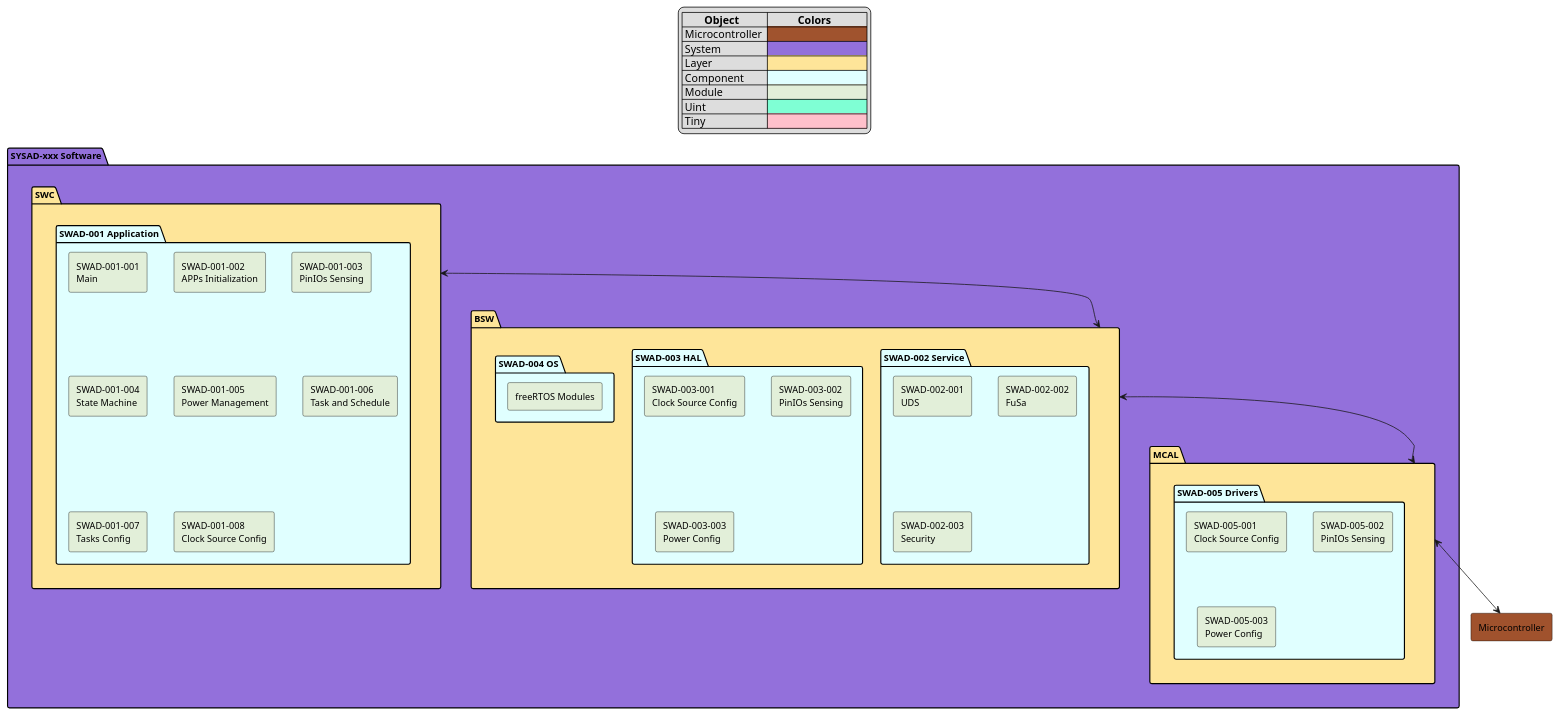
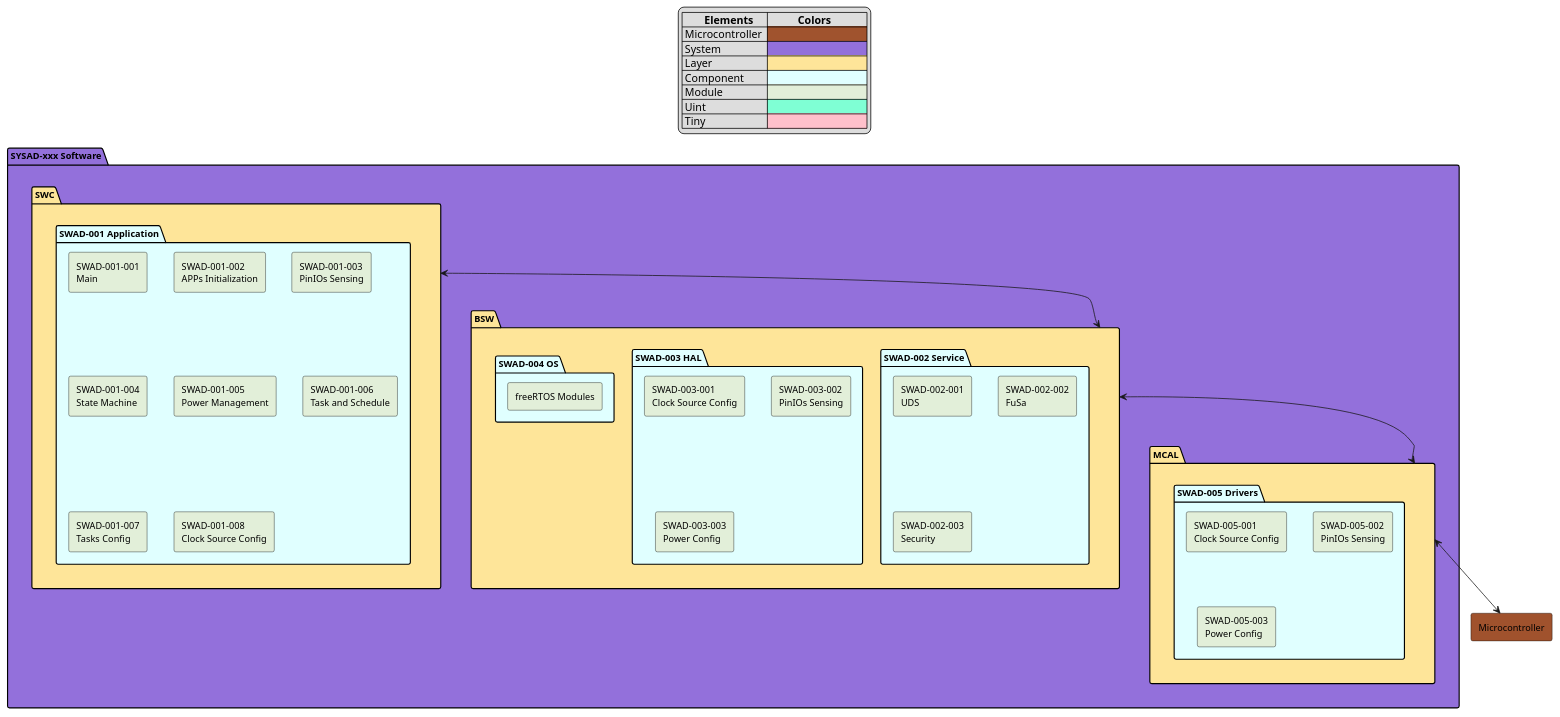
The diagram in Static_Sw_Arch.plantuml (FdsLu/StaticSwArch), drawn with PlantUML before and after one commit. The commit also changed 2 other files, not shown here.

Commit message:
[Modify] Rename [Modify] 1. Rename Object to Elements.

```diff
--- a/Static_Sw_Arch.plantuml
+++ b/Static_Sw_Arch.plantuml
@@ -1,70 +1,70 @@
 @startuml
 '----- Table Description ----
 'Object Colors Setting
 skinparam defaultFontName Arial
 skinparam defaultFontSize 12
 
 skinparam rectangle {
     BackgroundColor #87CEFA
     BorderColor #000000
 }
 
 legend top
-|=        Object  |=           Colors  |
+|=        Elements  |=           Colors  |
 | Microcontroller  |<back:#A0522D>                                    |
 | System  |<back:#9370DB>                                    |
 | Layer  |<back:#FEE599>                                    |
 | Component |<back:#E0FFFF>                                    |
 | Module |<back:#E2EFD9>                                    |
 | Uint |<back:#7FFFD4>                                    |
 | Tiny |<back:#FFC0CB>                                    |
 endlegend
 
 package "SYSAD-xxx Software" #9370DB {
     package "SWC" #FEE599 {
         package "SWAD-001 Application" #E0FFFF {
             rectangle "SWAD-001-001\nMain" as Main #E2EFD9
             rectangle "SWAD-001-002\nAPPs Initialization" as AppsInit #E2EFD9
             rectangle "SWAD-001-003\nPinIOs Sensing" as PinIOSensing #E2EFD9
             rectangle "SWAD-001-004\nState Machine" as StateMachine #E2EFD9
             rectangle "SWAD-001-005\nPower Management" as PowerManagement #E2EFD9
             rectangle "SWAD-001-006\nTask and Schedule" as TaskSchedule #E2EFD9
             rectangle "SWAD-001-007\nTasks Config" as TasksConfig #E2EFD9
             rectangle "SWAD-001-008\nClock Source Config" as ClockSourceConfig #E2EFD9
         }
     }
 
     package "BSW" #FEE599 {
         package "SWAD-002 Service" as Service #E0FFFF {
             rectangle "SWAD-002-001\nUDS" as UDS #E2EFD9
             rectangle "SWAD-002-002\nFuSa" as FuSa #E2EFD9
             rectangle "SWAD-002-003\nSecurity" as Security #E2EFD9
         }
 
         package "SWAD-003 HAL" as HAL #E0FFFF {
             rectangle "SWAD-003-001\nClock Source Config" as HAL_ClockSourceConfig #E2EFD9
             rectangle "SWAD-003-002\nPinIOs Sensing" as HAL_PinIOSensing #E2EFD9
             rectangle "SWAD-003-003\nPower Config" as HAL_PowerConfig #E2EFD9
         }
 
         package "SWAD-004 OS" as OS #E0FFFF {
             rectangle "freeRTOS Modules" as freeRTOS #E2EFD9
         }
     }
 
     package "MCAL" #FEE599 {
         package "SWAD-005 Drivers" as Drivers #E0FFFF {
             rectangle "SWAD-005-001\nClock Source Config" as MCAL_ClockSourceConfig #E2EFD9
             rectangle "SWAD-005-002\nPinIOs Sensing" as MCAL_PinIOSensing #E2EFD9
             rectangle "SWAD-005-003\nPower Config" as MCAL_PowerConfig #E2EFD9
         }
     }
 }
 
 rectangle "Microcontroller" as MCU #A0522D
 
 SWC <--> BSW
 BSW <--> MCAL
 MCAL <--> MCU
 
 @enduml
```
